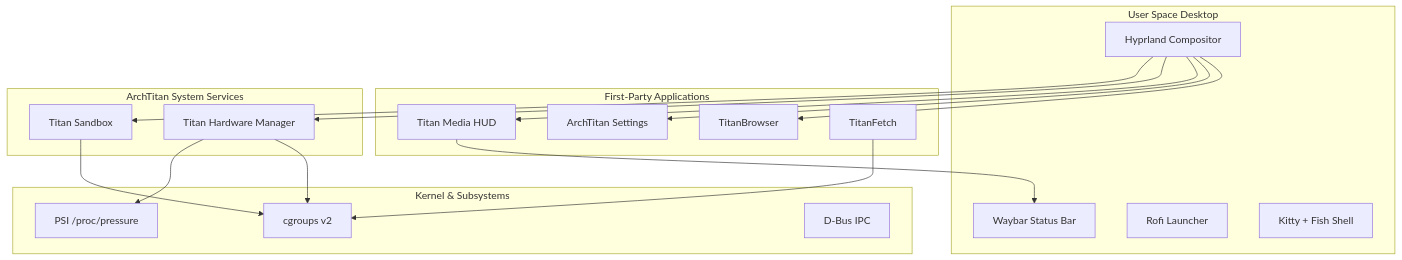
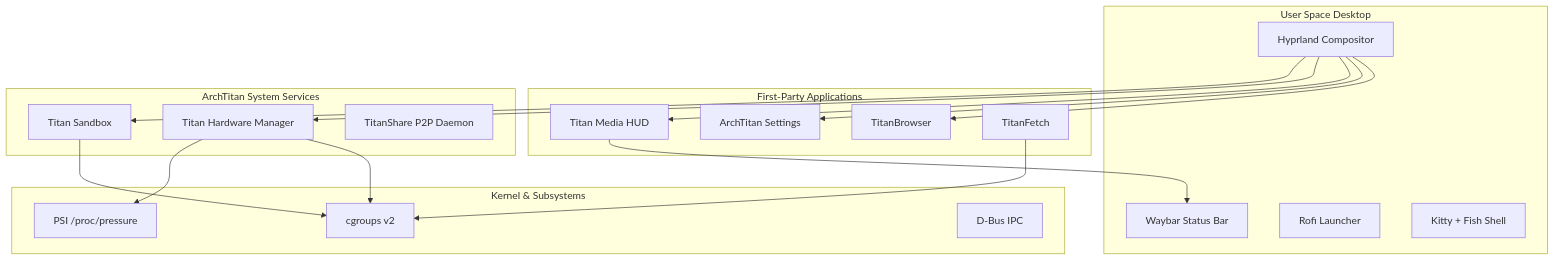
Before and after one commit to GitGuru29/archtitan-os: the diagram in wiki/Home.md, drawn with Mermaid. The commit also changed other lines of this file and 8 other files, not shown here.

Commit message:
docs(readme): update README and wiki for TitanShare storage and THM v3.1 stress-test fixes

````diff
--- a/wiki/Home.md
+++ b/wiki/Home.md
@@ -49,38 +50,39 @@
 ```mermaid
 graph TB
     subgraph User["User Space Desktop"]
         H[Hyprland Compositor]
         W[Waybar Status Bar]
         R[Rofi Launcher]
         K[Kitty + Fish Shell]
     end
 
     subgraph Apps["First-Party Applications"]
         TB[TitanBrowser]
         TS_GUI[ArchTitan Settings]
         HUD[Titan Media HUD]
         TF[TitanFetch]
     end
 
     subgraph ArchTitan["ArchTitan System Services"]
         THM[Titan Hardware Manager]
         TS[Titan Sandbox]
+        TSS[TitanShare P2P Daemon]
     end
 
     subgraph Kernel["Kernel & Subsystems"]
         CG[cgroups v2]
         PSI[PSI /proc/pressure]
         DB[D-Bus IPC]
     end
 
     H --> TB
     H --> TS_GUI
     H --> HUD
     H --> THM
     H --> TS
     HUD --> W
     THM --> CG
     THM --> PSI
     TS --> CG
     TF --> CG
 ```
````
